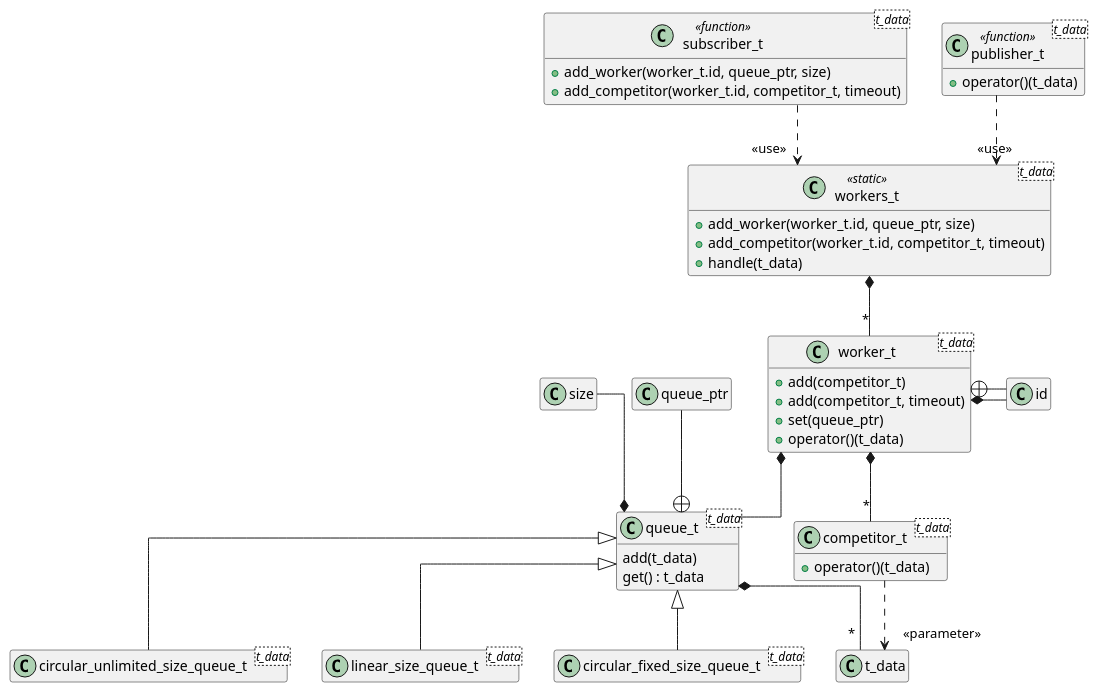
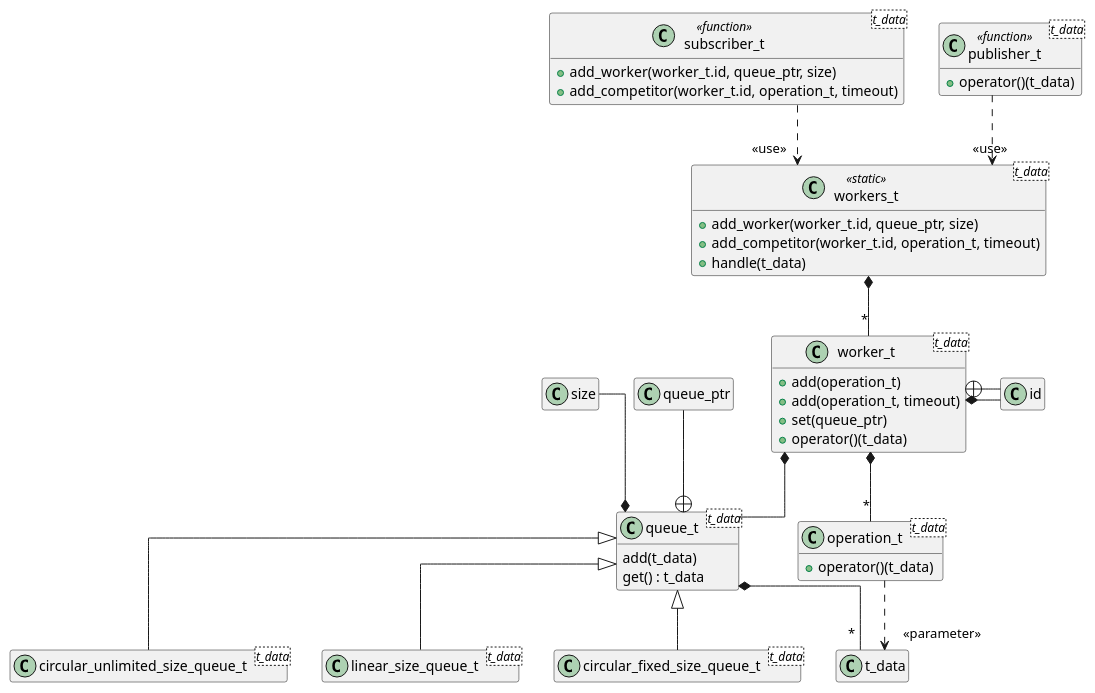
The diagram in doc/projects/concurrent/classes_concrete.wsd (rodrigocanellas/tenacitas), drawn with PlantUML before and after one commit. The commit also changed 3 other files, not shown here.

```diff
--- a/doc/projects/concurrent/classes_concrete.wsd
+++ b/doc/projects/concurrent/classes_concrete.wsd
@@ -1,72 +1,72 @@
 @startuml
 
 hide empty members
 skinparam workersInheritance 2
 skinparam linetype ortho
 
 
 class queue_t<t_data> {    
     add(t_data)
     get() : t_data
 }
 
 class queue_ptr
 
 class circular_fixed_size_queue_t<t_data>
 class circular_unlimited_size_queue_t<t_data>
 class linear_size_queue_t<t_data>
 
 class size
 
-class competitor_t<t_data> {
+class operation_t<t_data> {
     + operator()(t_data) 
 }
 
 class id
 
 
 class worker_t<t_data> {
-    + add(competitor_t)
-    + add(competitor_t, timeout)
+    + add(operation_t)
+    + add(operation_t, timeout)
     + set(queue_ptr)
     + operator()(t_data)    
 }
 
 class workers_t <t_data> <<static>> {
     + add_worker(worker_t.id, queue_ptr, size)
-    + add_competitor(worker_t.id, competitor_t, timeout)
+    + add_competitor(worker_t.id, operation_t, timeout)
     + handle(t_data)
 }
 
 class subscriber_t  <t_data>  <<function>> {
     + add_worker(worker_t.id, queue_ptr, size)
-    + add_competitor(worker_t.id, competitor_t, timeout)
+    + add_competitor(worker_t.id, operation_t, timeout)
 }
 
 class publisher_t  <t_data> <<function>> {
     + operator()(t_data)
 }
 
 queue_t +-up- queue_ptr
 queue_t <|-- circular_fixed_size_queue_t
 queue_t <|-- circular_unlimited_size_queue_t
 queue_t <|-- linear_size_queue_t
 
 
 worker_t +-- id
 worker_t *-right- id
 
 queue_t *-up- size
 queue_t *-- "*" t_data
-competitor_t ..> "<<parameter>>" t_data
+operation_t ..> "<<parameter>>" t_data
 worker_t *-- queue_t
-worker_t *-- "*" competitor_t
+worker_t *-- "*" operation_t
 
 workers_t *-- "*" worker_t
 
 subscriber_t ..> "<<use>>" workers_t
 publisher_t ..> "<<use>>" workers_t
 
 
 
 @enduml
```
